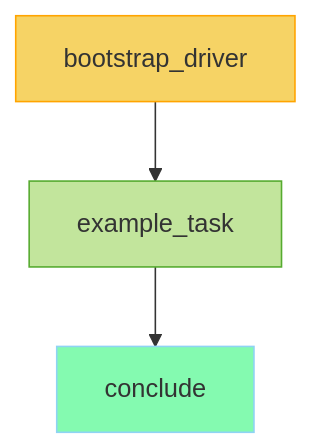
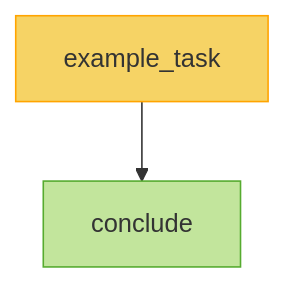
Before and after one commit to ashabbir/savant: the second of 2 diagrams in memory_bank/engine_think.md, drawn with Mermaid. The commit also changed other lines of this file and 1857 other files, not shown here.

````diff
--- a/memory_bank/engine_think.md
+++ b/memory_bank/engine_think.md
@@ -70,8 +65,6 @@
 ```mermaid
 flowchart TD
-    A[bootstrap_driver] --> B[example_task]
-    B --> C[conclude]
+    A[example_task] --> B[conclude]
     style A fill:#f6d365,stroke:#ffa400
     style B fill:#c2e59c,stroke:#56ab2f
-    style C fill:#84fab0,stroke:#8fd3f4
 ```
````
